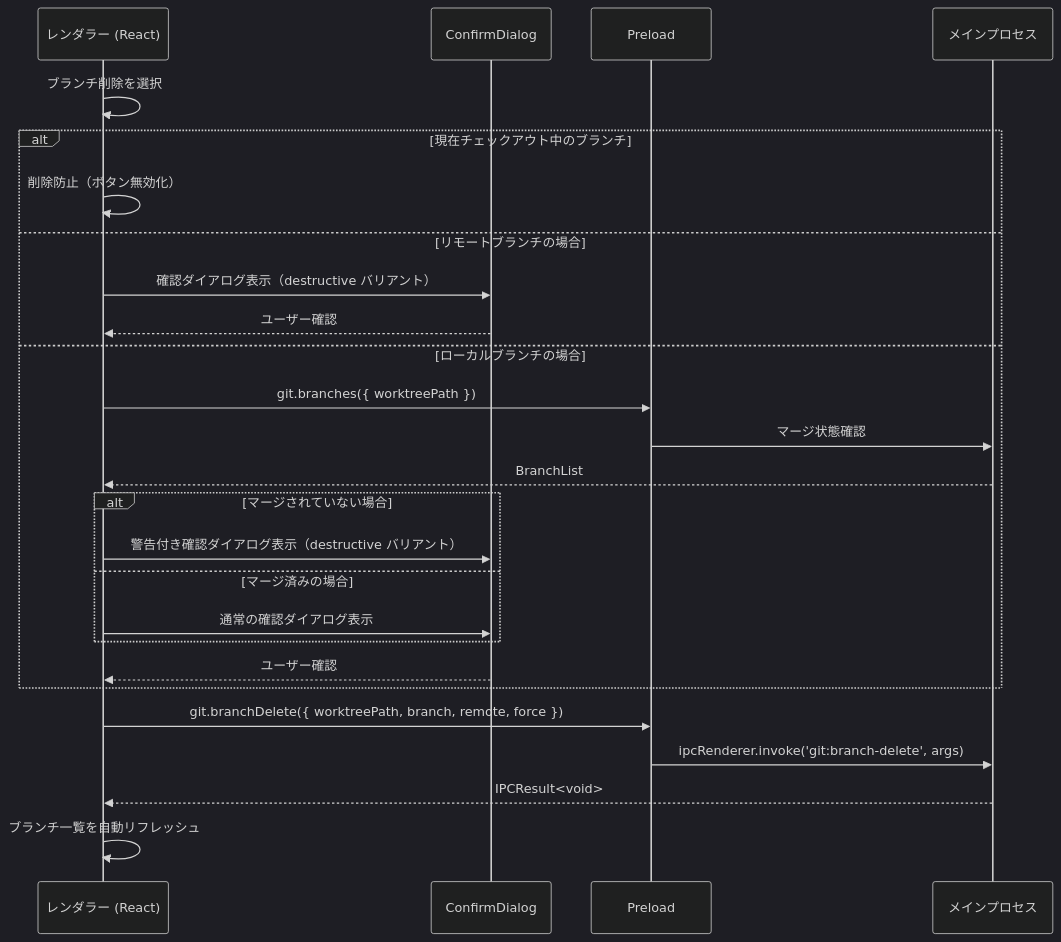
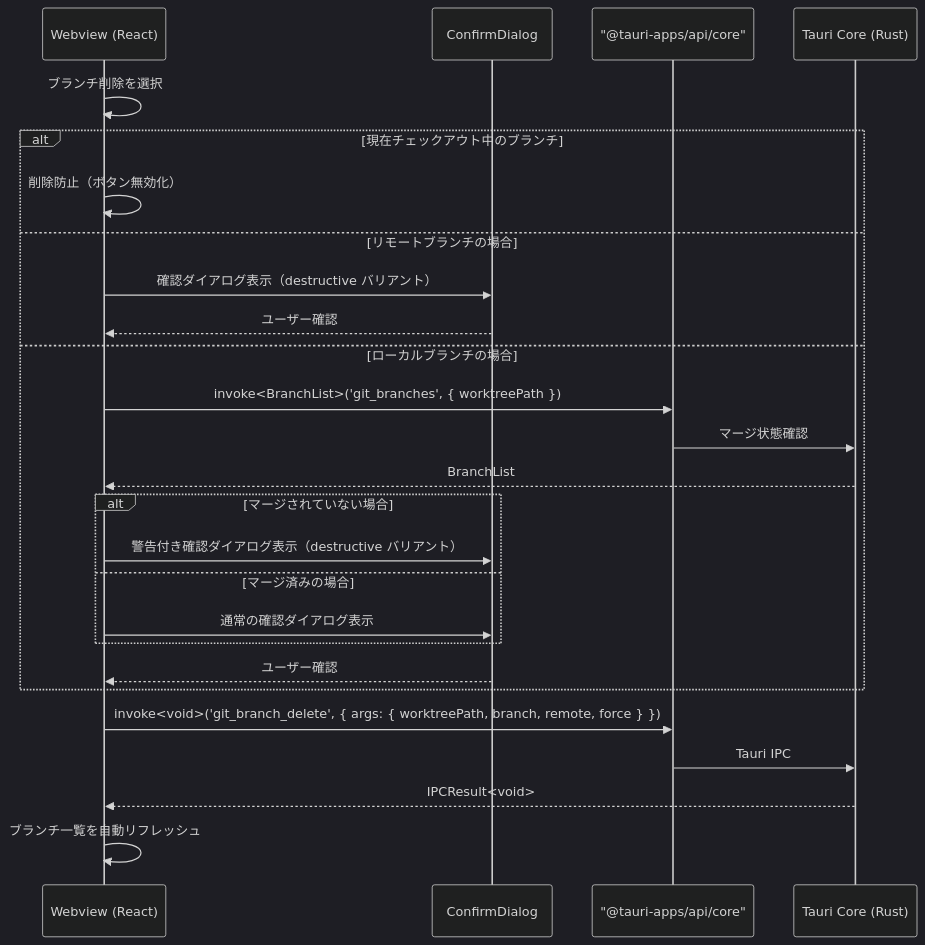
Before and after one commit to ToshikiImagawa/Buruma: the third of 3 diagrams in .sdd/specification/basic-git-operations_spec.md, drawn with Mermaid. The commit also changed other lines of this file and 7 other files, not shown here.

````diff
--- a/.sdd/specification/basic-git-operations_spec.md
+++ b/.sdd/specification/basic-git-operations_spec.md
@@ -384,33 +385,33 @@
 ```mermaid
 %%{init: {'theme': 'dark'}}%%
 sequenceDiagram
-    participant Renderer as レンダラー (React)
+    participant Webview as Webview (React)
     participant Dialog as ConfirmDialog
-    participant Preload as Preload
-    participant Main as メインプロセス
+    participant Invoke as "@tauri-apps/api/core"
+    participant Core as Tauri Core (Rust)
 
-    Renderer ->> Renderer: ブランチ削除を選択
+    Webview ->> Webview: ブランチ削除を選択
 
     alt 現在チェックアウト中のブランチ
-        Renderer ->> Renderer: 削除防止（ボタン無効化）
+        Webview ->> Webview: 削除防止（ボタン無効化）
     else リモートブランチの場合
-        Renderer ->> Dialog: 確認ダイアログ表示（destructive バリアント）
-        Dialog -->> Renderer: ユーザー確認
+        Webview ->> Dialog: 確認ダイアログ表示（destructive バリアント）
+        Dialog -->> Webview: ユーザー確認
     else ローカルブランチの場合
-        Renderer ->> Preload: git.branches({ worktreePath })
-        Preload ->> Main: マージ状態確認
-        Main -->> Renderer: BranchList
+        Webview ->> Invoke: invoke<BranchList>('git_branches', { worktreePath })
+        Invoke ->> Core: マージ状態確認
+        Core -->> Webview: BranchList
 
         alt マージされていない場合
-            Renderer ->> Dialog: 警告付き確認ダイアログ表示（destructive バリアント）
+            Webview ->> Dialog: 警告付き確認ダイアログ表示（destructive バリアント）
         else マージ済みの場合
-            Renderer ->> Dialog: 通常の確認ダイアログ表示
+            Webview ->> Dialog: 通常の確認ダイアログ表示
         end
-        Dialog -->> Renderer: ユーザー確認
+        Dialog -->> Webview: ユーザー確認
     end
 
-    Renderer ->> Preload: git.branchDelete({ worktreePath, branch, remote, force })
-    Preload ->> Main: ipcRenderer.invoke('git:branch-delete', args)
-    Main -->> Renderer: IPCResult<void>
-    Renderer ->> Renderer: ブランチ一覧を自動リフレッシュ
+    Webview ->> Invoke: invoke<void>('git_branch_delete', { args: { worktreePath, branch, remote, force } })
+    Invoke ->> Core: Tauri IPC
+    Core -->> Webview: IPCResult<void>
+    Webview ->> Webview: ブランチ一覧を自動リフレッシュ
 ```
````
